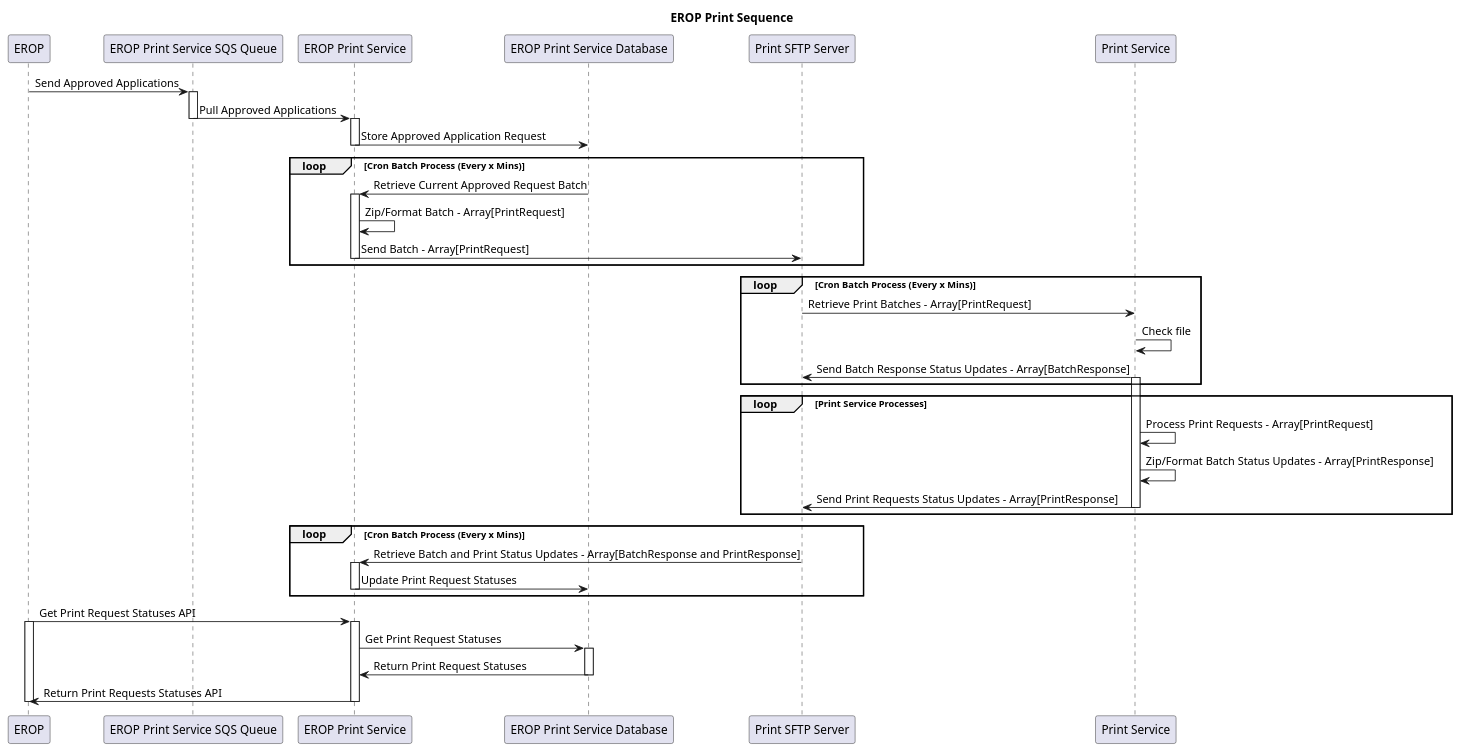
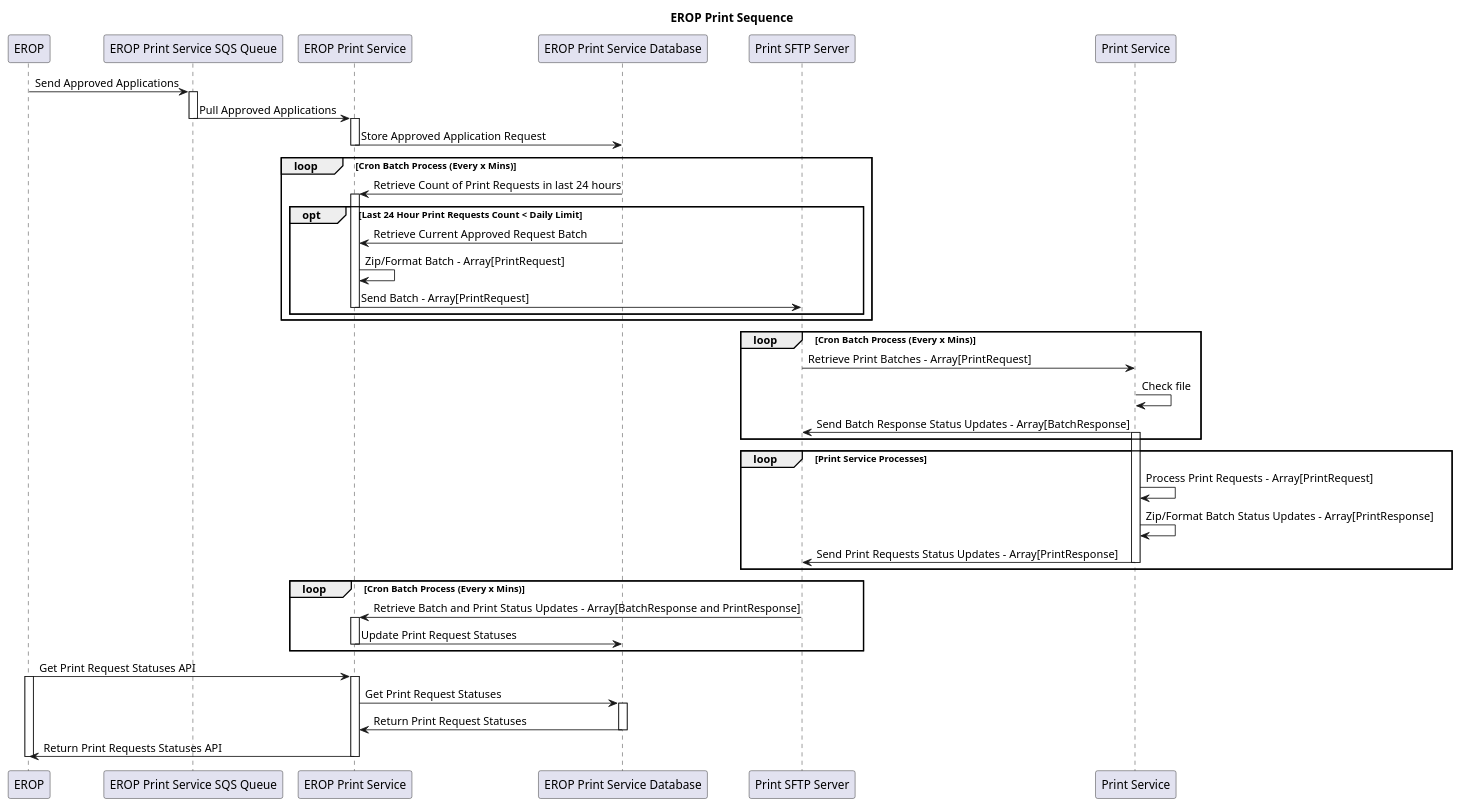
Before and after one commit to communitiesuk/eip-ero-print-api: the diagram in architecture/diagrams/print-sequence.plantuml, drawn with PlantUML. The commit also changed 1 other file, not shown here.

Commit message:
Added daily limit condition to sequence diagram

```diff
--- a/architecture/diagrams/print-sequence.plantuml
+++ b/architecture/diagrams/print-sequence.plantuml
@@ -1,62 +1,65 @@
 @startuml
 
 title EROP Print Sequence
 
 participant EROP
 participant "EROP Print Service SQS Queue"
 participant "EROP Print Service"
 participant "EROP Print Service Database"
 participant "Print SFTP Server"
 participant "Print Service"
 
 
 EROP->"EROP Print Service SQS Queue": Send Approved Applications
 activate "EROP Print Service SQS Queue"
 "EROP Print Service SQS Queue"->"EROP Print Service": Pull Approved Applications
 deactivate "EROP Print Service SQS Queue"
 activate "EROP Print Service"
 "EROP Print Service"->"EROP Print Service Database": Store Approved Application Request
 deactivate "EROP Print Service"
 
 loop Cron Batch Process (Every x Mins)
-    "EROP Print Service"<-"EROP Print Service Database": Retrieve Current Approved Request Batch
+    "EROP Print Service"<-"EROP Print Service Database": Retrieve Count of Print Requests in last 24 hours
     activate "EROP Print Service"
-    "EROP Print Service"->"EROP Print Service": Zip/Format Batch - Array[PrintRequest]
-    "EROP Print Service"->"Print SFTP Server": Send Batch - Array[PrintRequest]
-    deactivate "EROP Print Service"
+    opt Last 24 Hour Print Requests Count < Daily Limit
+        "EROP Print Service"<-"EROP Print Service Database": Retrieve Current Approved Request Batch
+        "EROP Print Service"->"EROP Print Service": Zip/Format Batch - Array[PrintRequest]
+        "EROP Print Service"->"Print SFTP Server": Send Batch - Array[PrintRequest]
+        deactivate "EROP Print Service"
+    end
 end loop
 
 loop Cron Batch Process (Every x Mins)
     "Print Service"<-"Print SFTP Server": Retrieve Print Batches - Array[PrintRequest]
     "Print Service"->"Print Service": Check file
     "Print Service"->"Print SFTP Server": Send Batch Response Status Updates - Array[BatchResponse] 
     activate "Print Service"
 end loop
 
 loop Print Service Processes
     "Print Service"->"Print Service": Process Print Requests - Array[PrintRequest]
     "Print Service"->"Print Service": Zip/Format Batch Status Updates - Array[PrintResponse]
     "Print Service"->"Print SFTP Server": Send Print Requests Status Updates - Array[PrintResponse]
     deactivate "Print Service"
 end loop
 
 loop Cron Batch Process (Every x Mins)
     "EROP Print Service"<-"Print SFTP Server": Retrieve Batch and Print Status Updates - Array[BatchResponse and PrintResponse]
     activate "EROP Print Service"
     "EROP Print Service"->"EROP Print Service Database": Update Print Request Statuses
     deactivate "EROP Print Service"
 end loop
 
 "EROP"->"EROP Print Service": Get Print Request Statuses API
 activate "EROP"
 activate "EROP Print Service"
 "EROP Print Service"->"EROP Print Service Database": Get Print Request Statuses
 activate "EROP Print Service Database"
 "EROP Print Service"<-"EROP Print Service Database": Return Print Request Statuses
 deactivate "EROP Print Service Database"
 "EROP Print Service"->"EROP": Return Print Requests Statuses API
 deactivate "EROP Print Service"
 deactivate "EROP"
 
 
 @enduml
```
